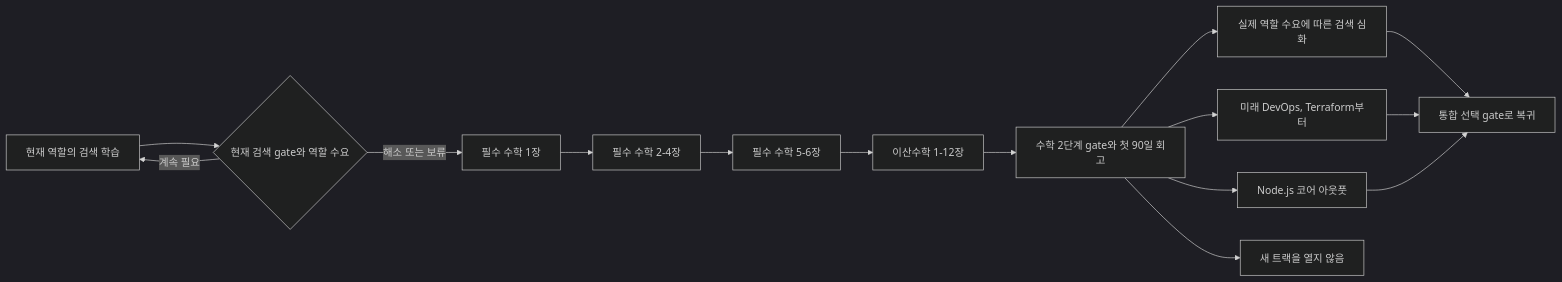
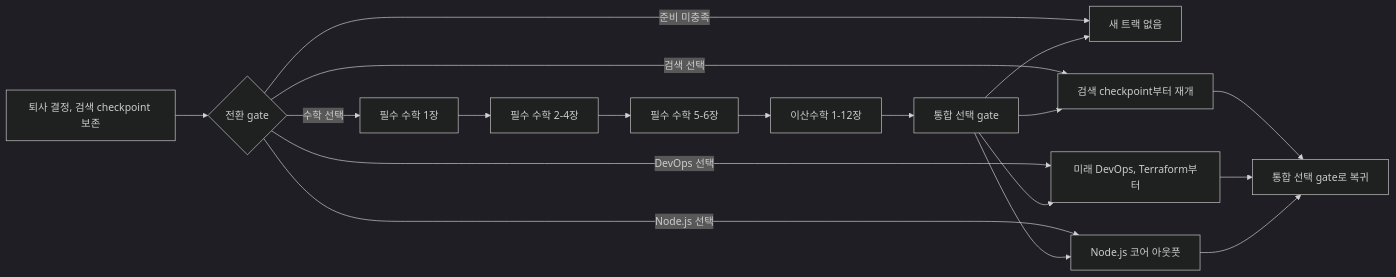
The diagram in fit/growth/learning/roadmaps/2026-H2-Math-Roadmap.md (dc-choi/interview), drawn with Mermaid (dark theme) before and after one commit. The commit also changed other lines of this file and 9 other files, not shown here.

Commit message:
docs(growth): align roadmap with resignation plan

````diff
--- a/fit/growth/learning/roadmaps/2026-H2-Math-Roadmap.md
+++ b/fit/growth/learning/roadmaps/2026-H2-Math-Roadmap.md
@@ -29,17 +28,20 @@
 ```mermaid
 flowchart LR
-  S[현재 역할의 검색 학습] --> T{현재 검색 gate와 역할 수요}
-  T -->|계속 필요| S
-  T -->|해소 또는 보류| A[필수 수학 1장]
+  S[퇴사 결정, 검색 checkpoint 보존] --> T{전환 gate}
+  T -->|준비 미충족| P[새 트랙 없음]
+  T -->|수학 선택| A[필수 수학 1장]
+  T -->|검색 선택| F[검색 checkpoint부터 재개]
+  T -->|DevOps 선택| V[미래 DevOps, Terraform부터]
+  T -->|Node.js 선택| N[Node.js 코어 아웃풋]
   A --> B[필수 수학 2-4장]
   B --> C[필수 수학 5-6장]
   C --> D[이산수학 1-12장]
-  D --> E[수학 2단계 gate와 첫 90일 회고]
-  E --> F[실제 역할 수요에 따른 검색 심화]
-  E --> V[미래 DevOps, Terraform부터]
-  E --> N[Node.js 코어 아웃풋]
-  E --> P[새 트랙을 열지 않음]
+  D --> E[통합 선택 gate]
+  E --> F
+  E --> V
+  E --> N
+  E --> P
   F --> G[통합 선택 gate로 복귀]
   V --> G
   N --> G
 ```
````
